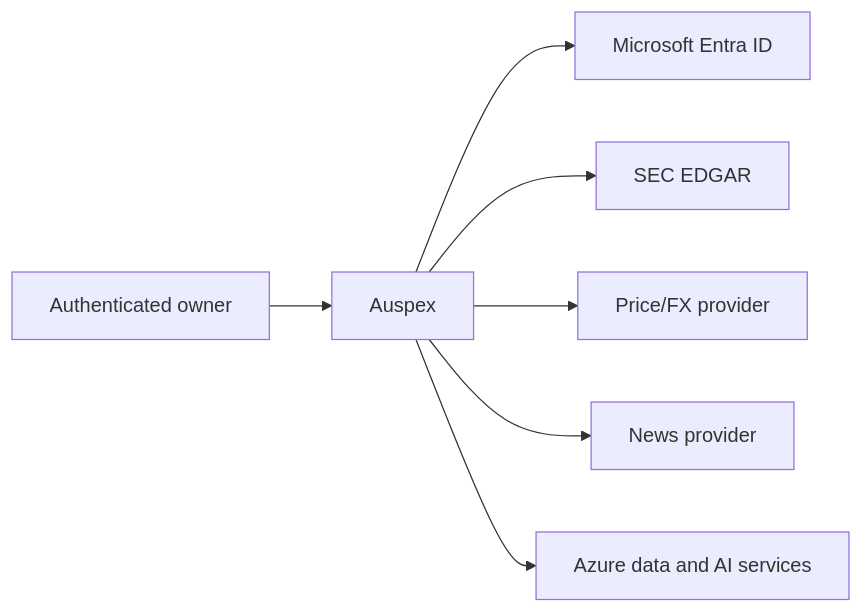
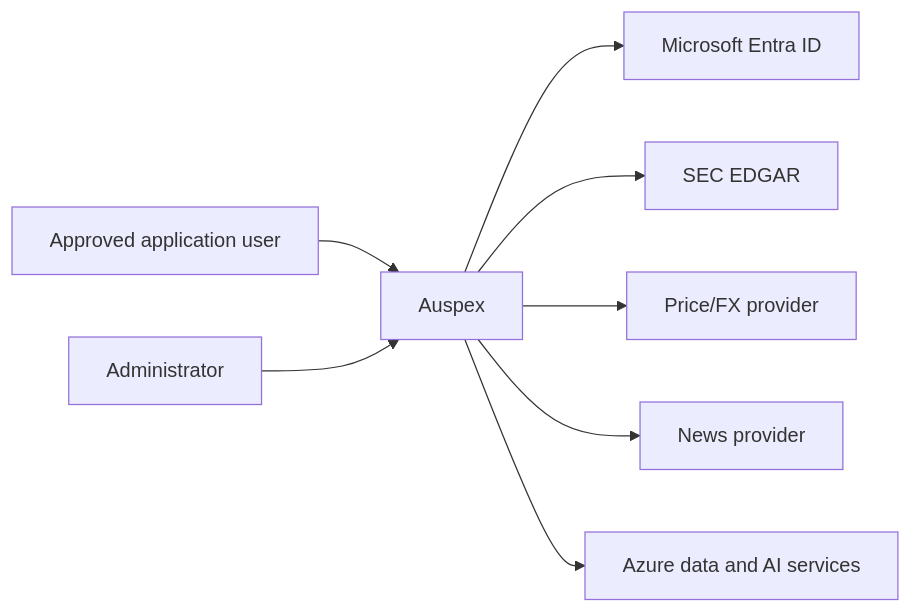
Before and after one commit to francesco-sodano/auspex: the diagram in doc/auspex-arc42.md, drawn with Mermaid. The commit also changed other lines of this file and 87 other files, not shown here.

First line of the commit message:
Release Auspex 4.1.0 multi-user

````diff
--- a/doc/auspex-arc42.md
+++ b/doc/auspex-arc42.md
@@ -52,9 +52,10 @@
 ```mermaid
 flowchart LR
-    User[Authenticated owner] --> Auspex
+    User[Approved application user] --> Auspex
+    Admin[Administrator] --> Auspex
     Auspex --> Entra[Microsoft Entra ID]
     Auspex --> SEC[SEC EDGAR]
     Auspex --> Market[Price/FX provider]
     Auspex --> News[News provider]
     Auspex --> Azure[Azure data and AI services]
 ```
````
